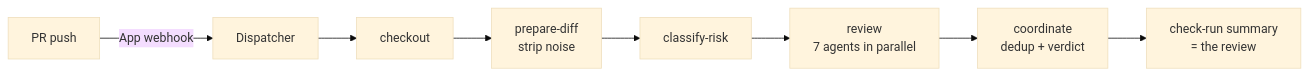
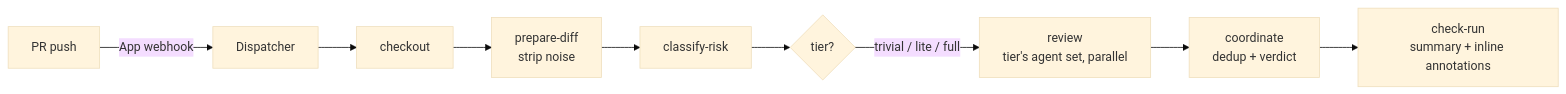
One commit to OpenHackersClub/flare-dispatch changed the diagram in recipes/ai-code-review/README.md. Above: the diagram before and after it, drawn with Mermaid (base theme). The commit also changed other lines of this file and 3 other files, not shown here.

First line of the commit message:
docs: add config + priorExecution DSL surface, check-run annotations

````diff
--- a/recipes/ai-code-review/README.md
+++ b/recipes/ai-code-review/README.md
@@ -25,10 +30,11 @@
 ```mermaid
 flowchart LR
   PR[PR push] -->|App webhook| DSP[Dispatcher]
   DSP --> CO[checkout]
   CO --> PD[prepare-diff<br/>strip noise]
   PD --> RT[classify-risk]
-  RT --> FAN[review<br/>7 agents in parallel]
+  RT --> PLAN{tier?}
+  PLAN -->|trivial / lite / full| FAN[review<br/>tier's agent set, parallel]
   FAN --> CRD[coordinate<br/>dedup + verdict]
-  CRD --> CHK[check-run summary<br/>= the review]
+  CRD --> CHK[check-run<br/>summary + inline annotations]
 ```
````
